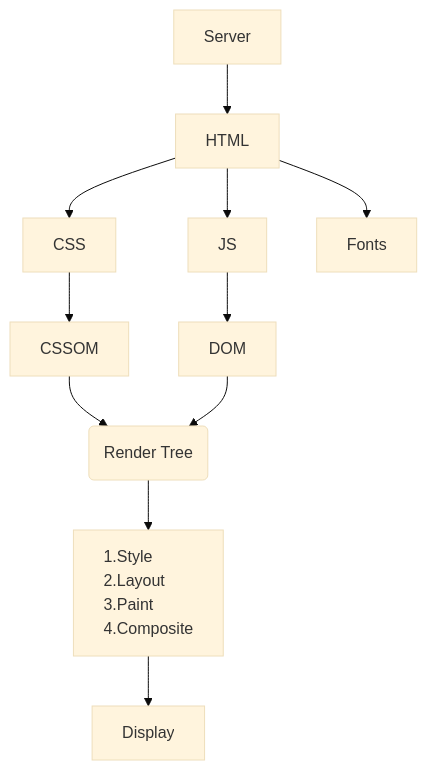
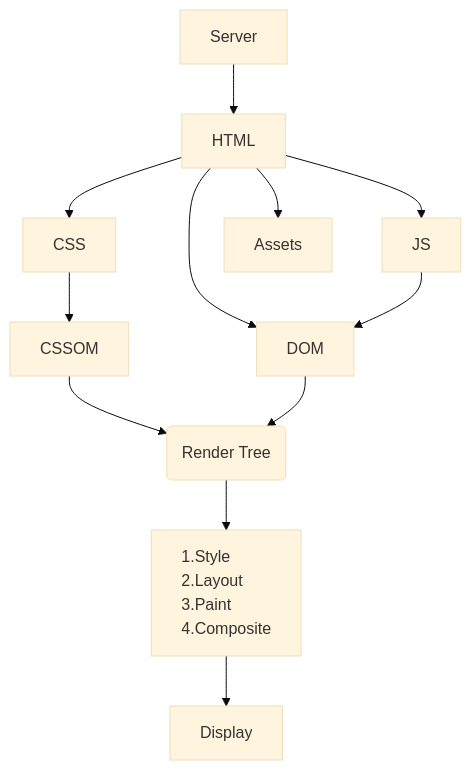
The diagram in notes/Rendering Path.md (Lentanta/obsidian-vault), drawn with Mermaid (base theme) before and after one commit. The commit also changed other lines of this file, not shown here.

````diff
--- a/notes/Rendering Path.md
+++ b/notes/Rendering Path.md
@@ -1,25 +1,26 @@
 ```mermaid
 flowchart TD
 
 RenderTree(Render Tree)
 
 style RenderSteps text-align:left
 RenderSteps["`
 	1.Style
 	2.Layout
 	3.Paint
 	4.Composite
 `"]
 
 Server --> HTML
 HTML   --> CSS --> CSSOM
+HTML   --> DOM
 HTML   --> JS  --> DOM
-HTML   --> Fonts
+HTML   --> Assets
 
 CSSOM  --> RenderTree
 DOM    --> RenderTree
 
 RenderTree  --> RenderSteps
 RenderSteps --> Display
 
 ```
````
